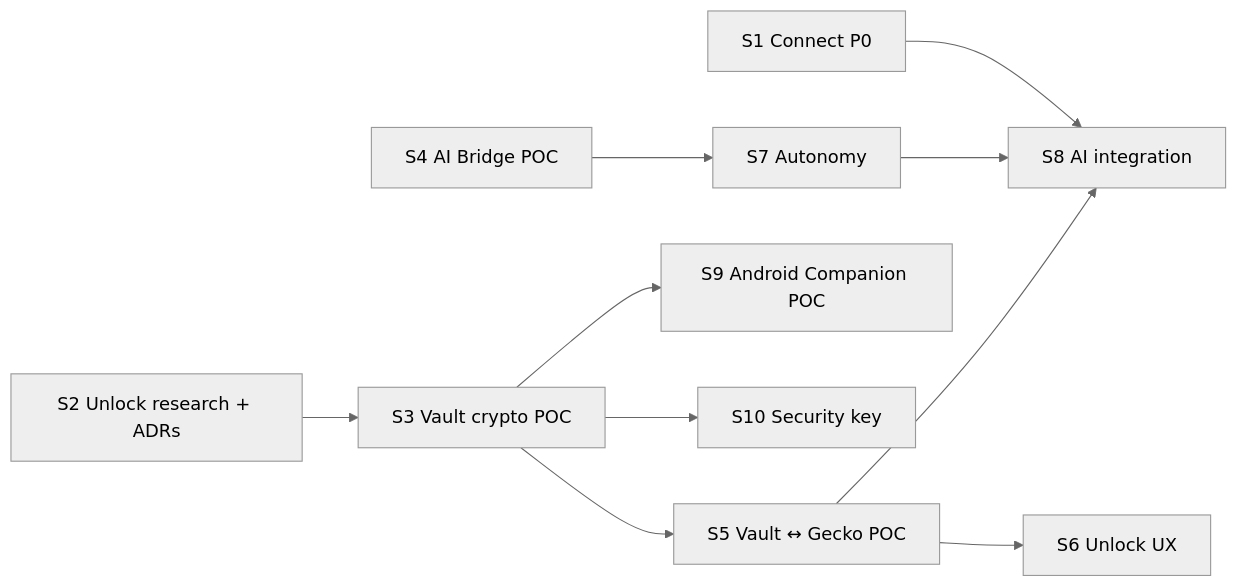
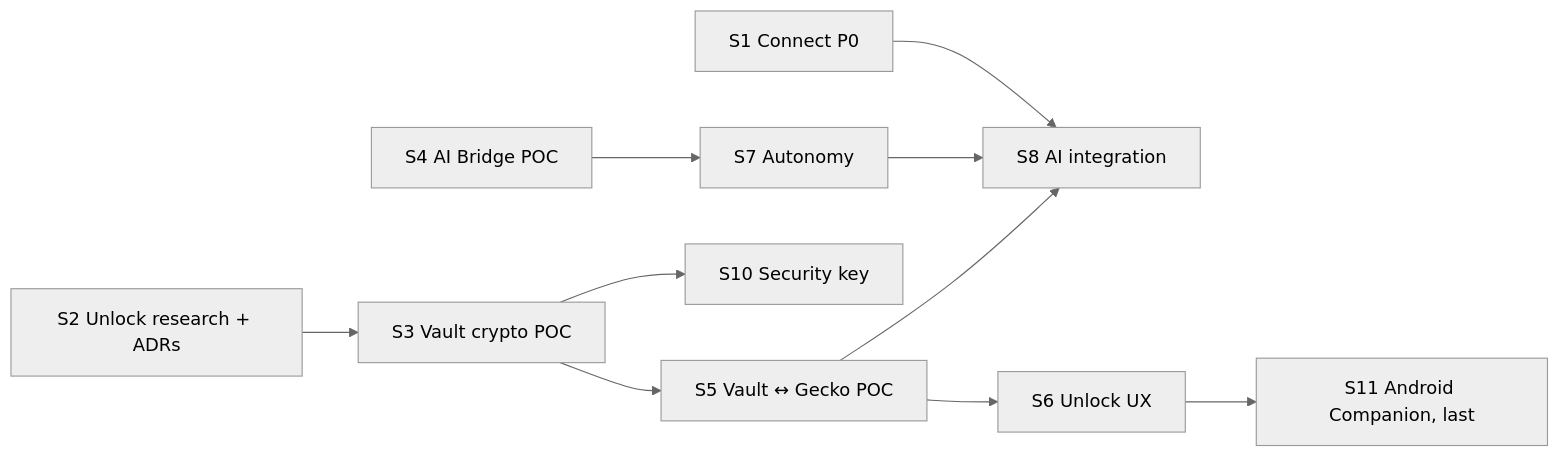
Before and after one commit to nulavio/nulavio: the diagram in docs/product/execution-plan.md, drawn with Mermaid (neutral theme). The commit also changed other lines of this file and 1 other file, not shown here.

First line of the commit message:
docs(plan): record maintainer decisions; Android Companion last, F-Droid first

````diff
--- a/docs/product/execution-plan.md
+++ b/docs/product/execution-plan.md
@@ -45,10 +45,10 @@
 ```mermaid
 flowchart LR
   S1[S1 Connect P0] --> S8
   S2[S2 Unlock research + ADRs] --> S3[S3 Vault crypto POC]
   S3 --> S5[S5 Vault ↔ Gecko POC] --> S6[S6 Unlock UX]
-  S3 --> S9[S9 Android Companion POC]
+  S6 --> S11[S11 Android Companion, last]
   S3 --> S10[S10 Security key]
   S4[S4 AI Bridge POC] --> S7[S7 Autonomy] --> S8[S8 AI integration]
   S5 --> S8
 ```
````
